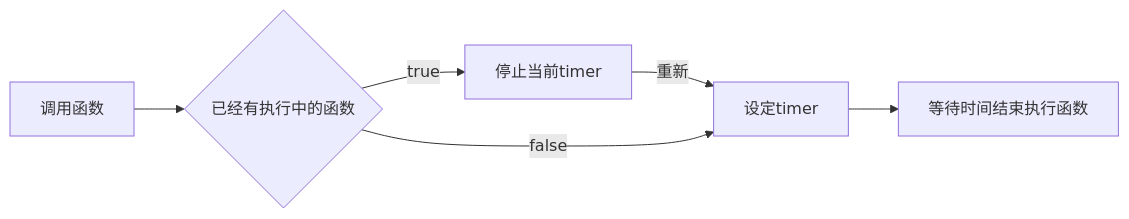
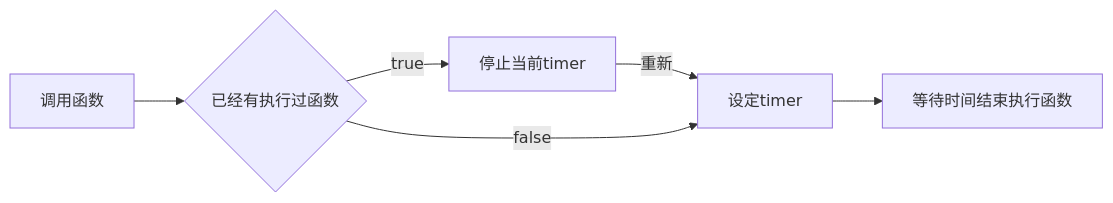
One commit to Zhe28/record changed the first of 4 diagrams in packages/notes/src/web/javascript/utils/debounce-throttle.md. Above: the diagram before and after it, drawn with Mermaid. The commit also changed other lines of this file, not shown here.

````diff
--- a/packages/notes/src/web/javascript/utils/debounce-throttle.md
+++ b/packages/notes/src/web/javascript/utils/debounce-throttle.md
@@ -19,6 +21,6 @@
 ```mermaid
 graph LR
-    A[调用函数] --> B{已经有执行中的函数}
+    A[调用函数] --> B{已经有执行过函数}
     B -->|true| C[停止当前timer] -->|重新| D[设定timer] --> F[等待时间结束执行函数]
     B -->|false| D
 ```
````
